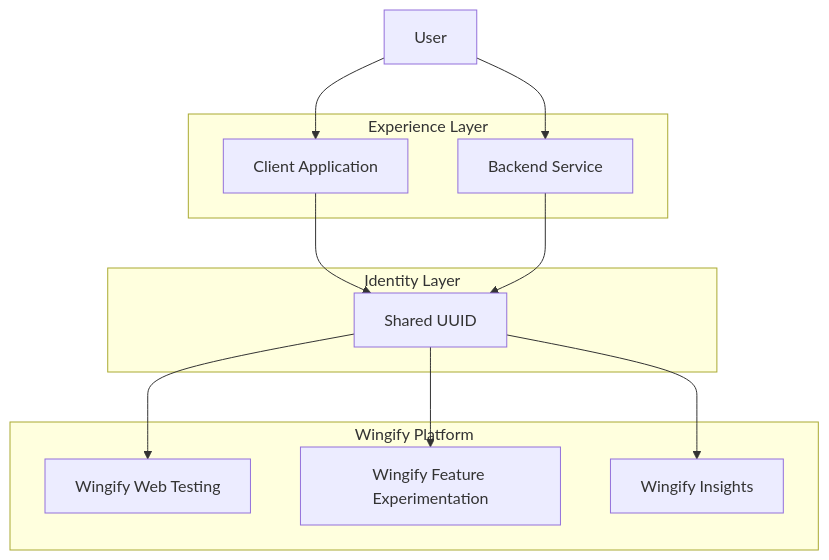
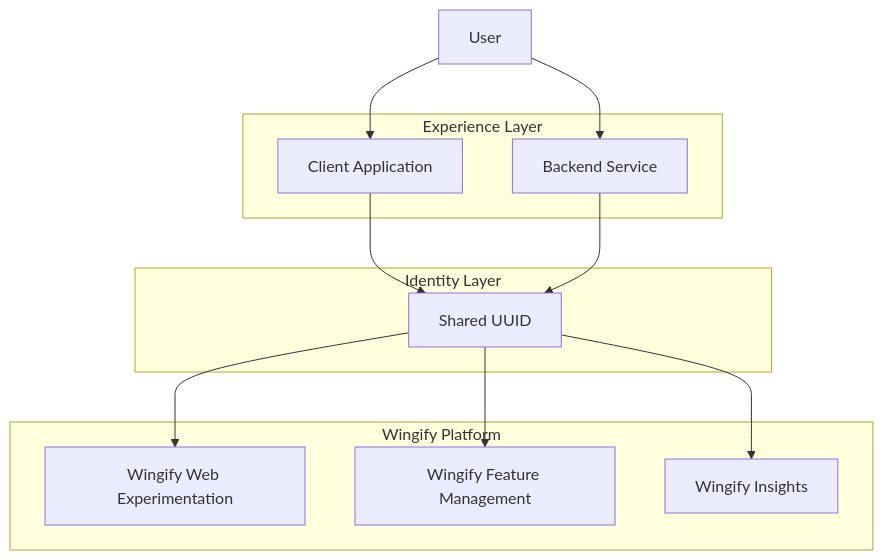
Before and after one commit to wingify/readme-central: the first of 6 diagrams in docs/Unified Experimentation/fme-unified-experimentation-identity-synchronization.md, drawn with Mermaid. The commit also changed other lines of this file and 192 other files, not shown here.

Commit message:
Update FE to FM, Feature Experimentation to Feature Management, and Web Testing to Web Experimentation

````diff
--- a/docs/Unified Experimentation/fme-unified-experimentation-identity-synchronization.md
+++ b/docs/Unified Experimentation/fme-unified-experimentation-identity-synchronization.md
@@ -55,31 +55,31 @@
 ```mermaid
 flowchart TB
 
     User[User]
 
     subgraph Experience Layer
         Client[Client Application]
         Server[Backend Service]
     end
 
     subgraph Identity Layer
         UUID[Shared UUID]
     end
 
     subgraph Wingify Platform
-        WT[Wingify Web Testing]
-        FE[Wingify Feature Experimentation]
+        WT[Wingify Web Experimentation]
+        FM[Wingify Feature Management]
         VI[Wingify Insights]
     end
 
     User --> Client
     User --> Server
 
     Client --> UUID
     Server --> UUID
 
     UUID --> WT
-    UUID --> FE
+    UUID --> FM
     UUID --> VI
 
 ```
````
